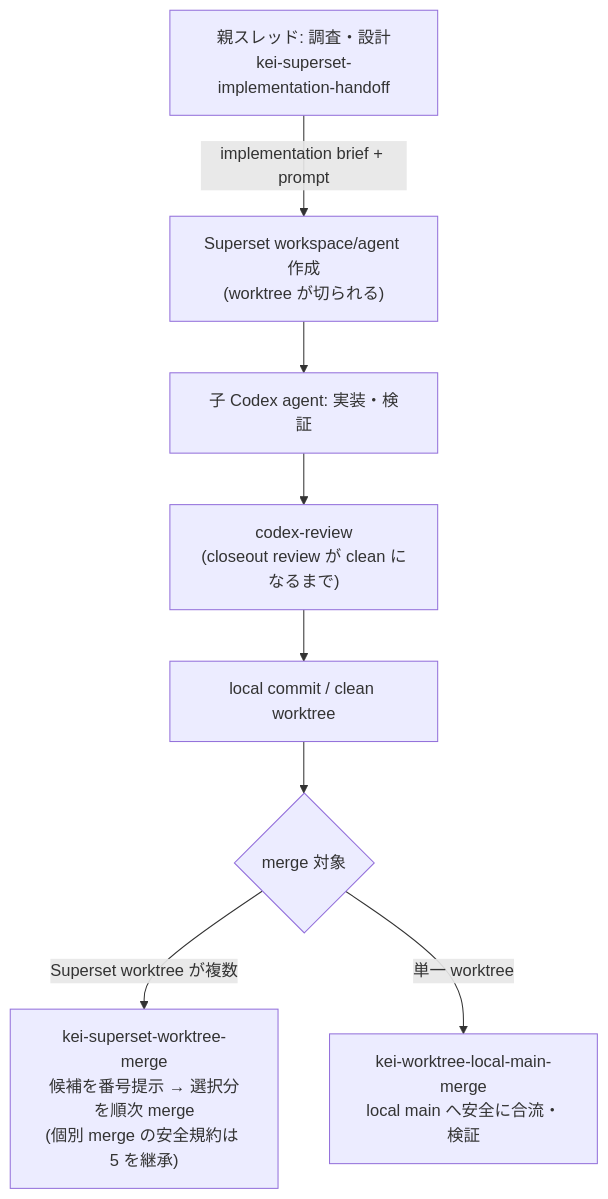
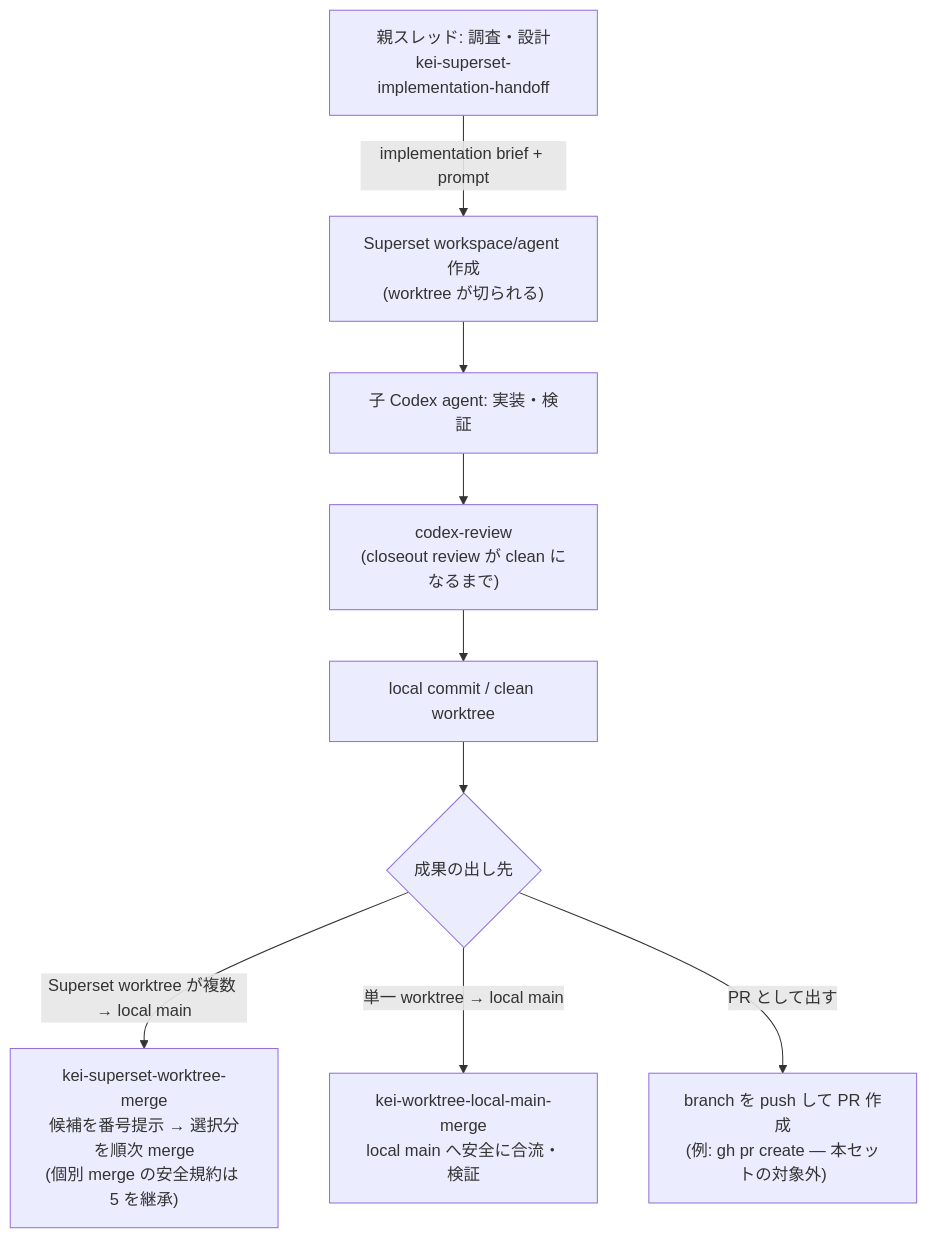
The diagram in README.md (kei-prog/superset-handoff-flow), drawn with Mermaid before and after one commit.

Commit message:
Add PR-creation path to the flow diagram
The merge step is one possible destination; note the alternative of
pushing the branch and opening a PR, which is outside this skill set.

````diff
--- a/README.md
+++ b/README.md
@@ -9,10 +9,11 @@
 ```mermaid
 flowchart TD
     A["親スレッド: 調査・設計<br/>kei-superset-implementation-handoff"] -->|implementation brief + prompt| B["Superset workspace/agent 作成<br/>(worktree が切られる)"]
     B --> C["子 Codex agent: 実装・検証"]
     C --> D["codex-review<br/>(closeout review が clean になるまで)"]
     D --> E["local commit / clean worktree"]
-    E --> F{merge 対象}
-    F -->|Superset worktree が複数| G["kei-superset-worktree-merge<br/>候補を番号提示 → 選択分を順次 merge<br/>(個別 merge の安全規約は 5 を継承)"]
-    F -->|単一 worktree| H["kei-worktree-local-main-merge<br/>local main へ安全に合流・検証"]
+    E --> F{成果の出し先}
+    F -->|Superset worktree が複数 → local main| G["kei-superset-worktree-merge<br/>候補を番号提示 → 選択分を順次 merge<br/>(個別 merge の安全規約は 5 を継承)"]
+    F -->|単一 worktree → local main| H["kei-worktree-local-main-merge<br/>local main へ安全に合流・検証"]
+    F -->|PR として出す| I["branch を push して PR 作成<br/>(例: gh pr create — 本セットの対象外)"]
 ```
````
